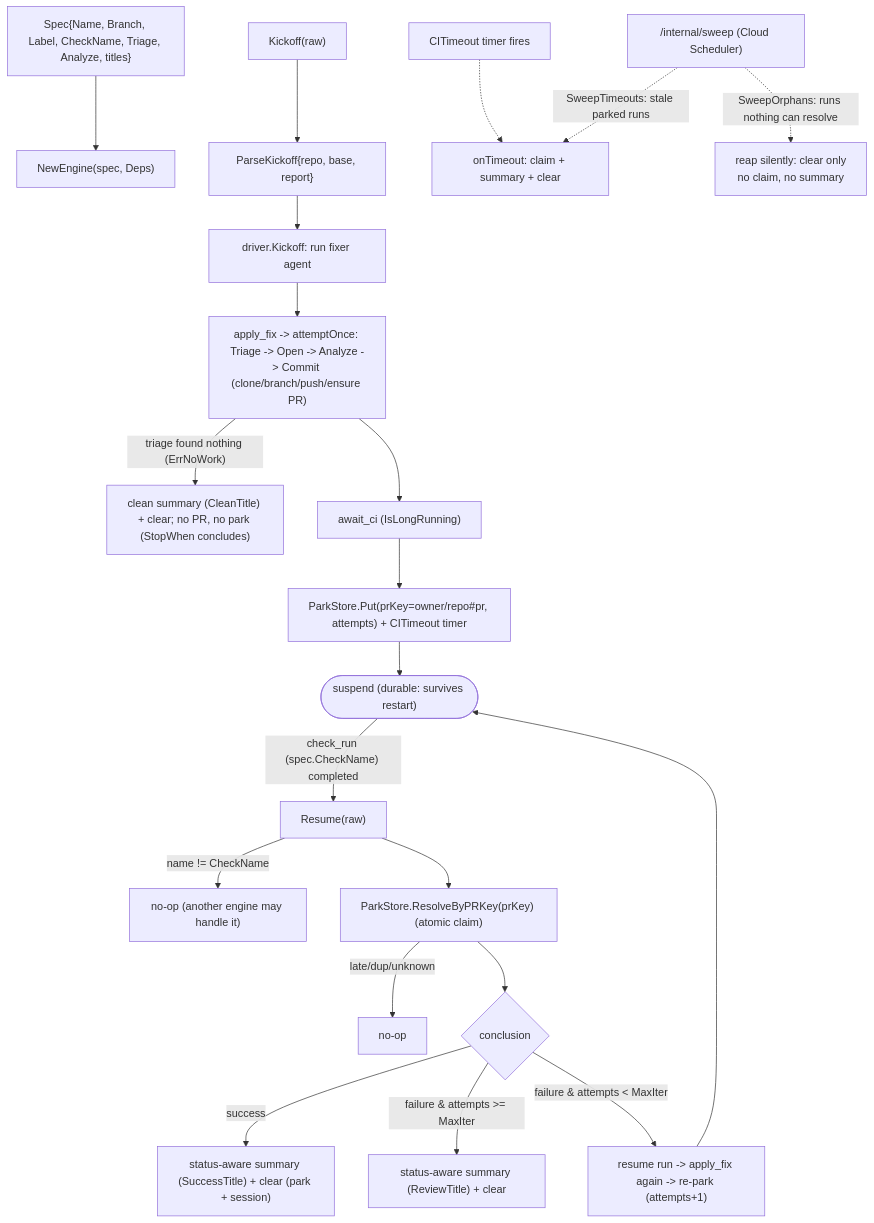
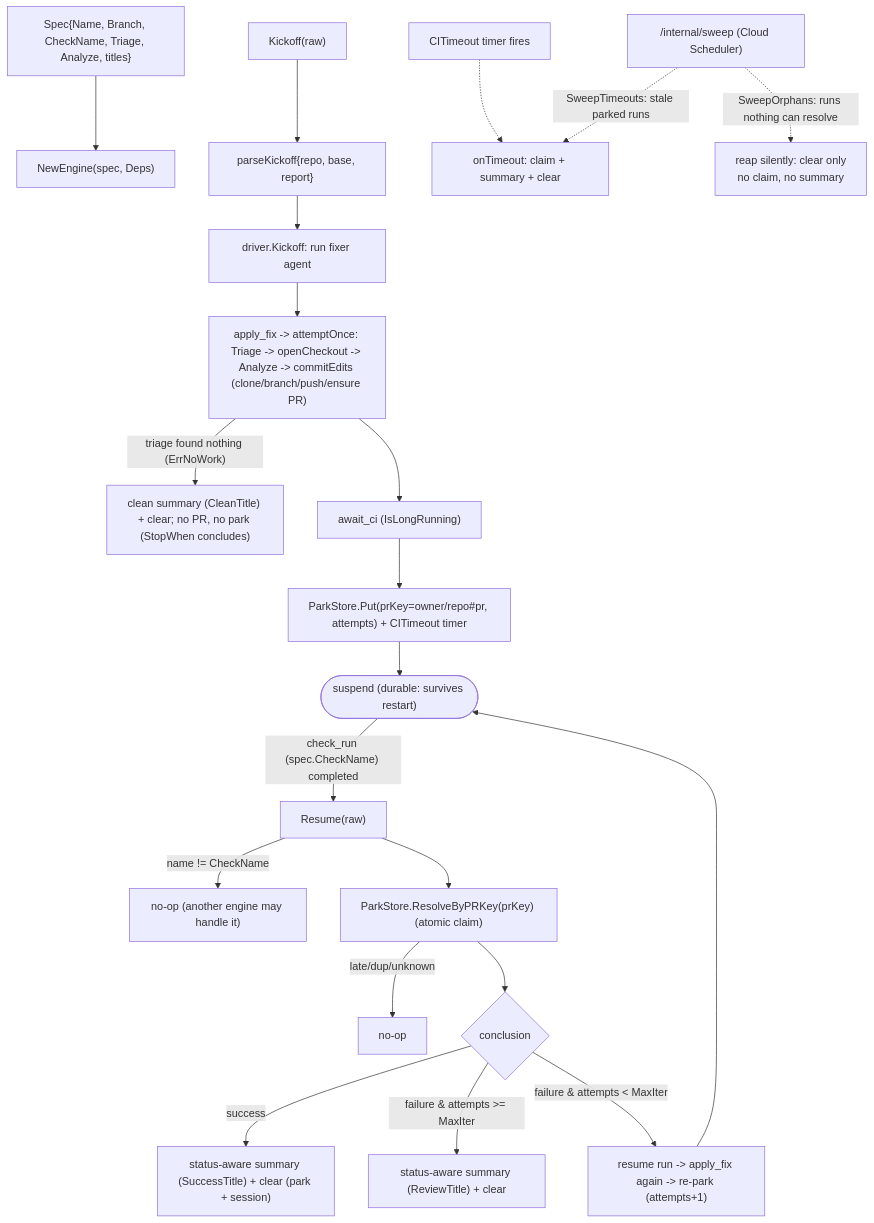
One commit to jkjamies/automation-agent changed the diagram in okf/modules/agents/fixflow.md. Above: the diagram before and after it, drawn with Mermaid. The commit also changed other lines of this file and 11 other files, not shown here.

````diff
--- a/okf/modules/agents/fixflow.md
+++ b/okf/modules/agents/fixflow.md
@@ -34,24 +34,24 @@
 ```mermaid
 flowchart TD
-    Spec["Spec{Name, Branch, Label, CheckName, Triage, Analyze, titles}"] --> E["NewEngine(spec, Deps)"]
-    K["Kickoff(raw)"] --> KP["ParseKickoff{repo, base, report}"]
+    Spec["Spec{Name, Branch, CheckName, Triage, Analyze, titles}"] --> E["NewEngine(spec, Deps)"]
+    K["Kickoff(raw)"] --> KP["parseKickoff{repo, base, report}"]
     KP --> DK["driver.Kickoff: run fixer agent"]
-    DK --> AF["apply_fix -> attemptOnce: Triage -> Open -> Analyze -> Commit (clone/branch/push/ensure PR)"]
+    DK --> AF["apply_fix -> attemptOnce: Triage -> openCheckout -> Analyze -> commitEdits (clone/branch/push/ensure PR)"]
     AF -->|"triage found nothing (ErrNoWork)"| CLN["clean summary (CleanTitle) + clear; no PR, no park (StopWhen concludes)"]
     AF --> AW["await_ci (IsLongRunning)"]
     AW --> PK["ParkStore.Put(prKey=owner/repo#pr, attempts) + CITimeout timer"]
     PK --> SUS(["suspend (durable: survives restart)"])
 
     SUS -->|"check_run (spec.CheckName) completed"| R["Resume(raw)"]
     R -->|"name != CheckName"| NO["no-op (another engine may handle it)"]
     R --> RES["ParkStore.ResolveByPRKey(prKey) (atomic claim)"]
     RES -->|"late/dup/unknown"| NO2["no-op"]
     RES --> C{conclusion}
     C -->|success| OK["status-aware summary (SuccessTitle) + clear (park + session)"]
     C -->|"failure & attempts >= MaxIter"| HRV["status-aware summary (ReviewTitle) + clear"]
     C -->|"failure & attempts < MaxIter"| RT["resume run -> apply_fix again -> re-park (attempts+1)"]
     RT --> SUS
     TO["CITimeout timer fires"] -.-> TON["onTimeout: claim + summary + clear"]
     SW["/internal/sweep (Cloud Scheduler)"] -.->|"SweepTimeouts: stale parked runs"| TON
     SW -.->|"SweepOrphans: runs nothing can resolve"| ORPH["reap silently: clear only<br/>no claim, no summary"]
 ```
````
